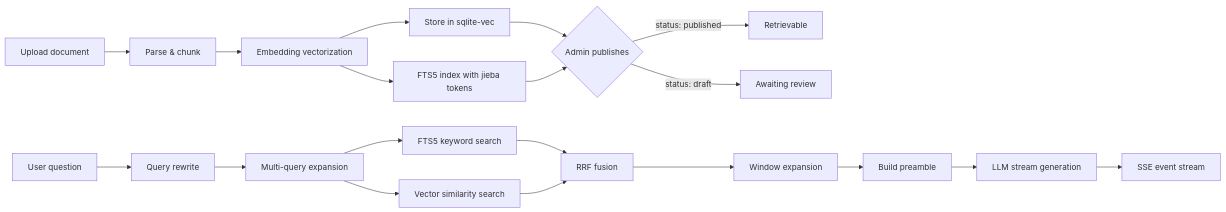
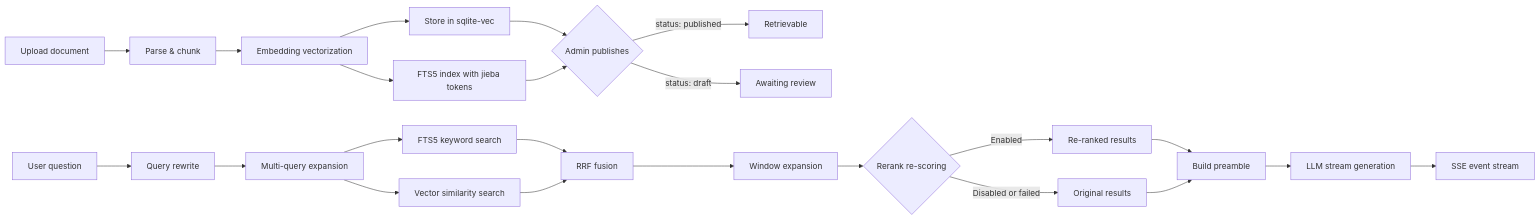
The diagram in docs-web/content/docs/architecture.mdx (timzaak/rwiki), drawn with Mermaid before and after one commit. The commit also changed other lines of this file and 3 other files, not shown here.

Commit message:
docs: add rerank integration documentation for architecture and configuration

````diff
--- a/docs-web/content/docs/architecture.mdx
+++ b/docs-web/content/docs/architecture.mdx
@@ -22,22 +22,26 @@
 ```mermaid
 flowchart LR
     A[Upload document] --> B[Parse & chunk]
     B --> C[Embedding vectorization]
     C --> D[Store in sqlite-vec]
     C --> E[FTS5 index with jieba tokens]
     D --> F{Admin publishes}
     E --> F
     F -->|status: published| G[Retrievable]
     F -->|status: draft| H[Awaiting review]
 
     I[User question] --> J[Query rewrite]
     J --> K[Multi-query expansion]
     K --> L1[FTS5 keyword search]
     K --> L2[Vector similarity search]
     L1 --> M[RRF fusion]
     L2 --> M
     M --> N[Window expansion]
-    N --> O[Build preamble]
+    N --> R{Rerank re-scoring}
+    R -->|Enabled| S[Re-ranked results]
+    R -->|Disabled or failed| T[Original results]
+    S --> O[Build preamble]
+    T --> O
     O --> P[LLM stream generation]
     P --> Q[SSE event stream]
 ```
````
